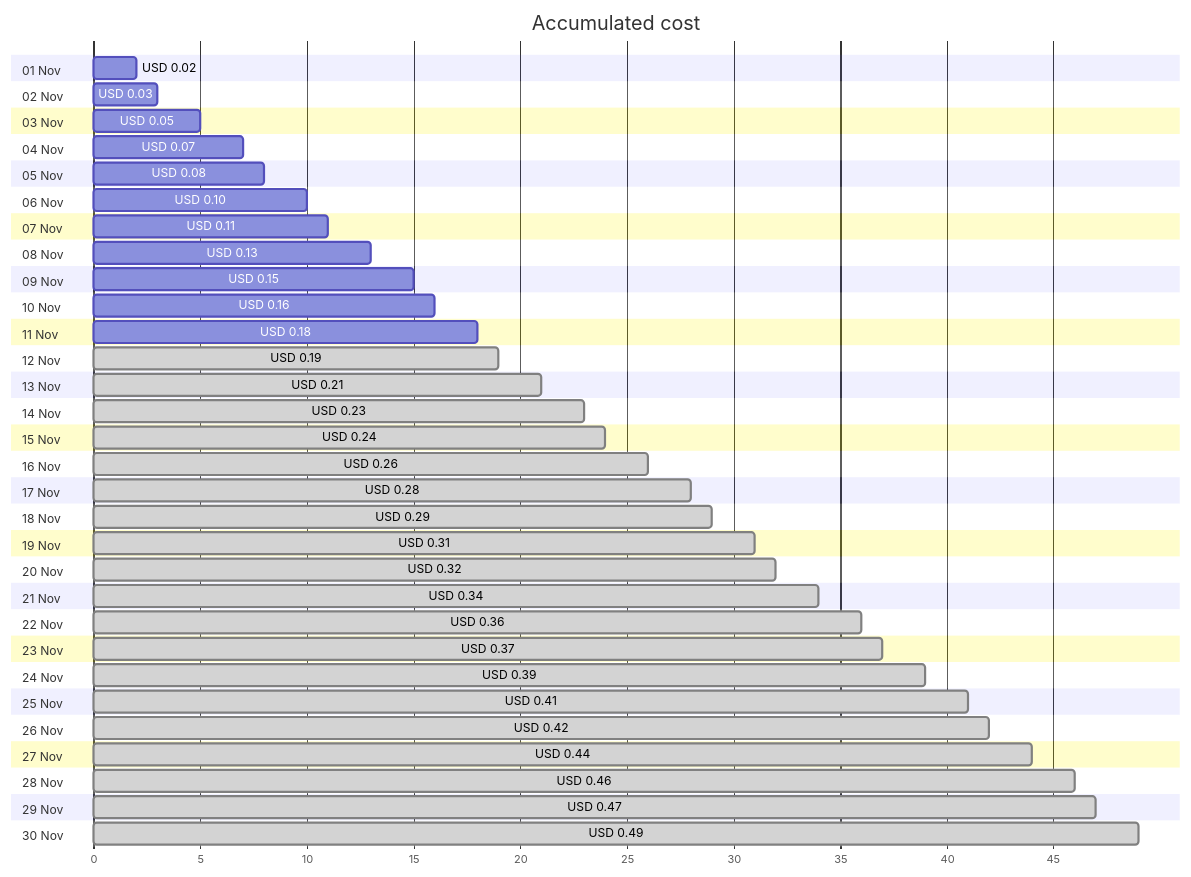
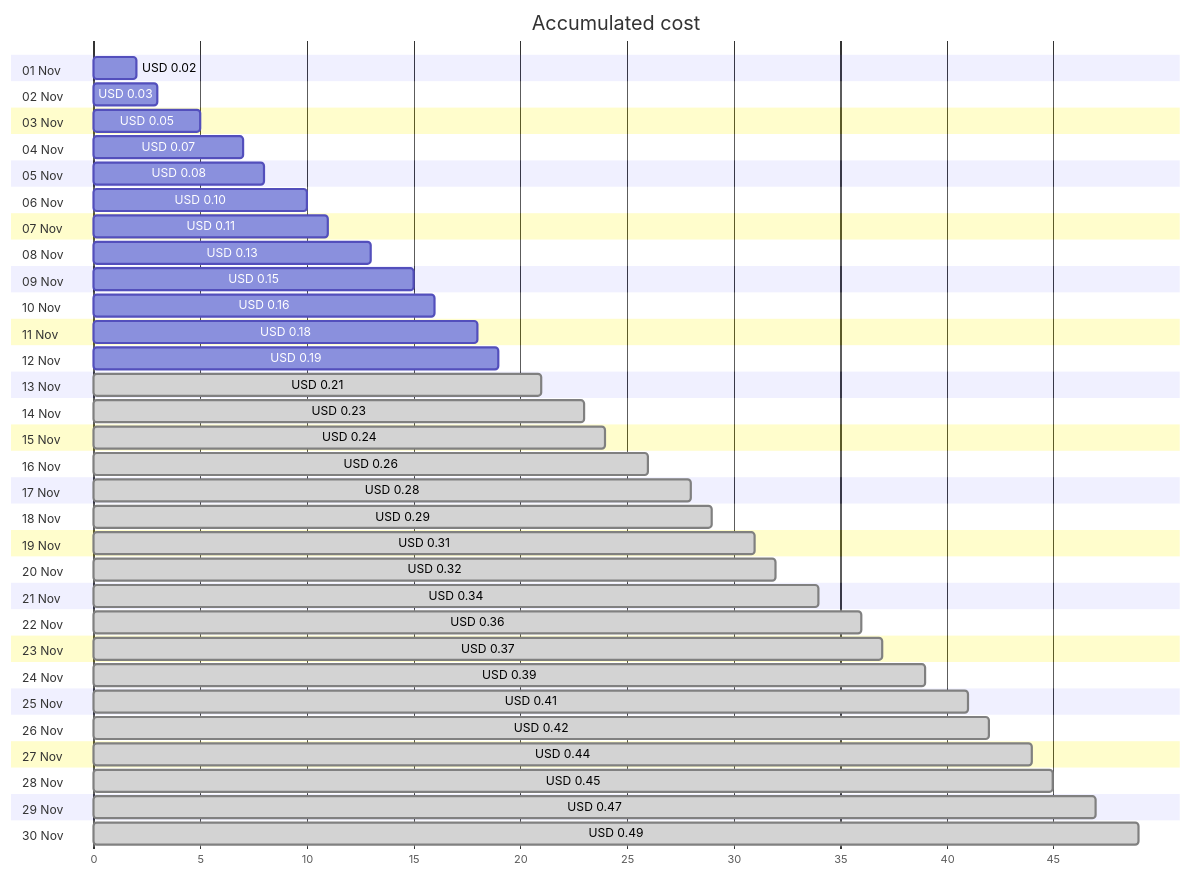
One commit to jpfulton/azure-personal-reports changed the first of 4 diagrams in cost-reports/personal-dns/jpatrickfulton.com.md. Above: the diagram before and after it, drawn with Mermaid. The commit also changed other lines of this file and 2 other files, not shown here.

````diff
--- a/cost-reports/personal-dns/jpatrickfulton.com.md
+++ b/cost-reports/personal-dns/jpatrickfulton.com.md
@@ -20,66 +20,66 @@
 ```mermaid
 gantt
    title Accumulated cost
    dateFormat  X
    axisFormat %s
    section 01 Nov
    USD 0.02 :0, 2
    section 02 Nov
    USD 0.03 :0, 3
    section 03 Nov
    USD 0.05 :0, 5
    section 04 Nov
    USD 0.07 :0, 7
    section 05 Nov
    USD 0.08 :0, 8
    section 06 Nov
    USD 0.10 :0, 10
    section 07 Nov
    USD 0.11 :0, 11
    section 08 Nov
    USD 0.13 :0, 13
    section 09 Nov
    USD 0.15 :0, 15
    section 10 Nov
    USD 0.16 :0, 16
    section 11 Nov
    USD 0.18 :0, 18
    section 12 Nov
-   USD 0.19 : done, 0, 19
+   USD 0.19 :0, 19
    section 13 Nov
    USD 0.21 : done, 0, 21
    section 14 Nov
    USD 0.23 : done, 0, 23
    section 15 Nov
    USD 0.24 : done, 0, 24
    section 16 Nov
    USD 0.26 : done, 0, 26
    section 17 Nov
    USD 0.28 : done, 0, 28
    section 18 Nov
    USD 0.29 : done, 0, 29
    section 19 Nov
    USD 0.31 : done, 0, 31
    section 20 Nov
    USD 0.32 : done, 0, 32
    section 21 Nov
    USD 0.34 : done, 0, 34
    section 22 Nov
    USD 0.36 : done, 0, 36
    section 23 Nov
    USD 0.37 : done, 0, 37
    section 24 Nov
    USD 0.39 : done, 0, 39
    section 25 Nov
    USD 0.41 : done, 0, 41
    section 26 Nov
    USD 0.42 : done, 0, 42
    section 27 Nov
    USD 0.44 : done, 0, 44
    section 28 Nov
-   USD 0.46 : done, 0, 46
+   USD 0.45 : done, 0, 45
    section 29 Nov
    USD 0.47 : done, 0, 47
    section 30 Nov
    USD 0.49 : done, 0, 49
 ```
````
